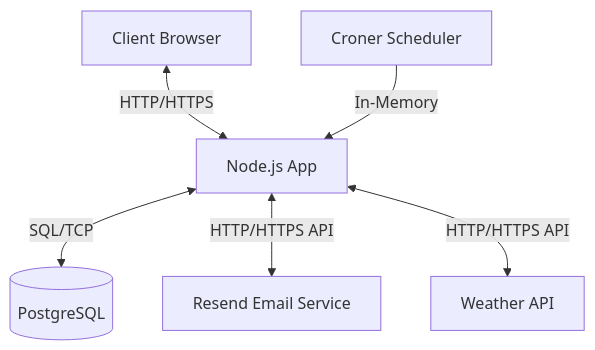
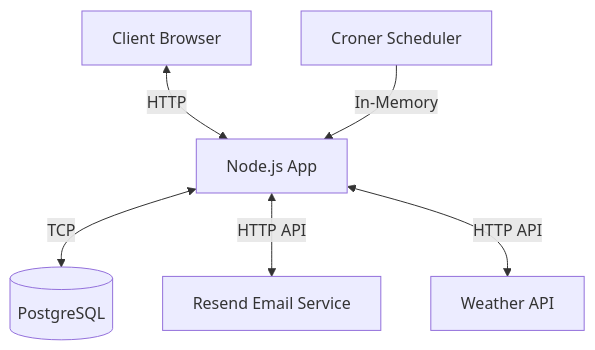
One commit to GenesisEducationKyiv/software-engineering-school-5-0-allohamora changed the diagram in docs/system-design.md. Above: the diagram before and after it, drawn with Mermaid.

Commit message:
docs: remove HTTPS and SQL from High-Level Architecture

````diff
--- a/docs/system-design.md
+++ b/docs/system-design.md
@@ -54,15 +54,15 @@
 ```mermaid
 flowchart TD
     Client[Client Browser]
     NodeApp[Node.js App]
     DB[(PostgreSQL)]
     Email[Resend Email Service]
     Weather[Weather API]
     Scheduler[Croner Scheduler]
 
-    Client <-->|HTTP/HTTPS| NodeApp
+    Client <-->|HTTP| NodeApp
     Scheduler -->|In-Memory| NodeApp
-    NodeApp <-->|SQL/TCP| DB
-    NodeApp <-->|HTTP/HTTPS API| Email
-    NodeApp <-->|HTTP/HTTPS API| Weather
+    NodeApp <-->|TCP| DB
+    NodeApp <-->|HTTP API| Email
+    NodeApp <-->|HTTP API| Weather
 ```
````
